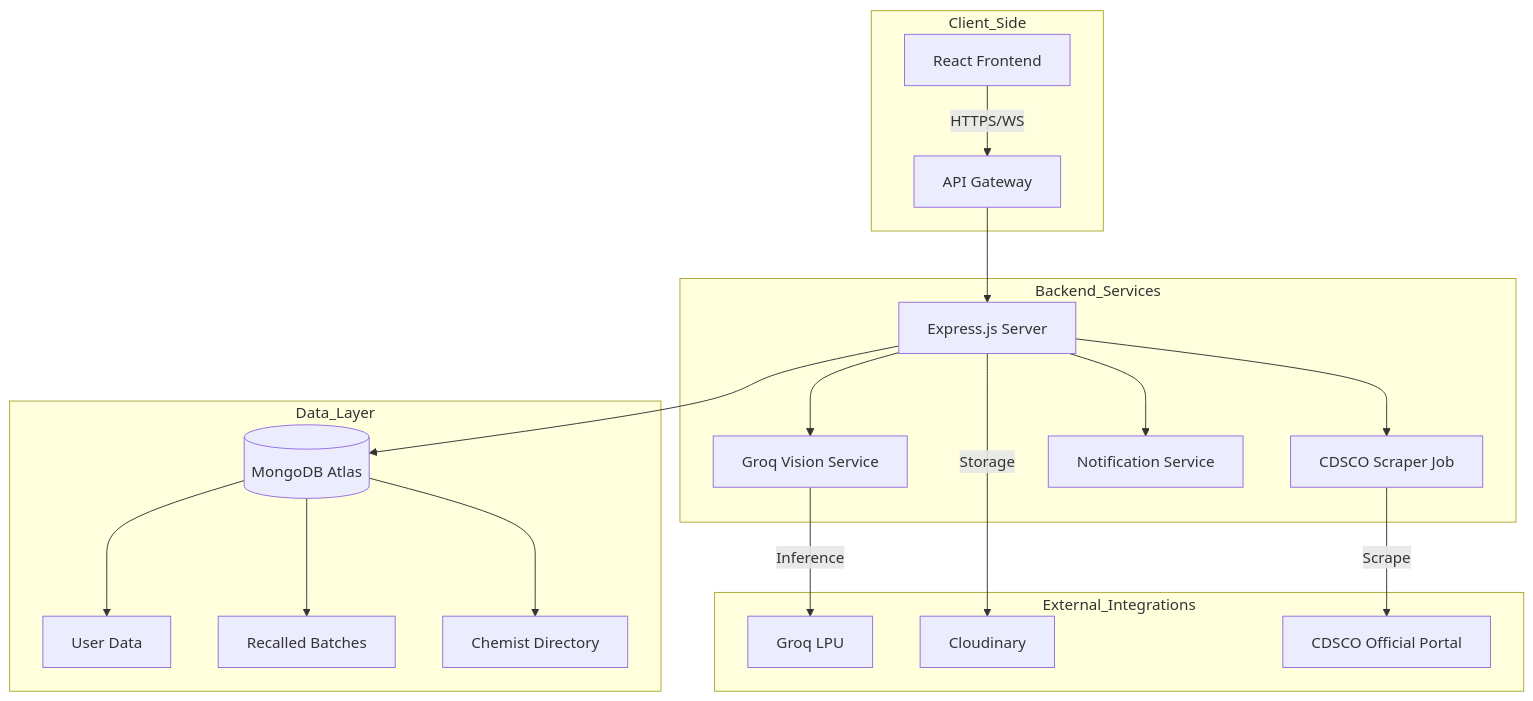
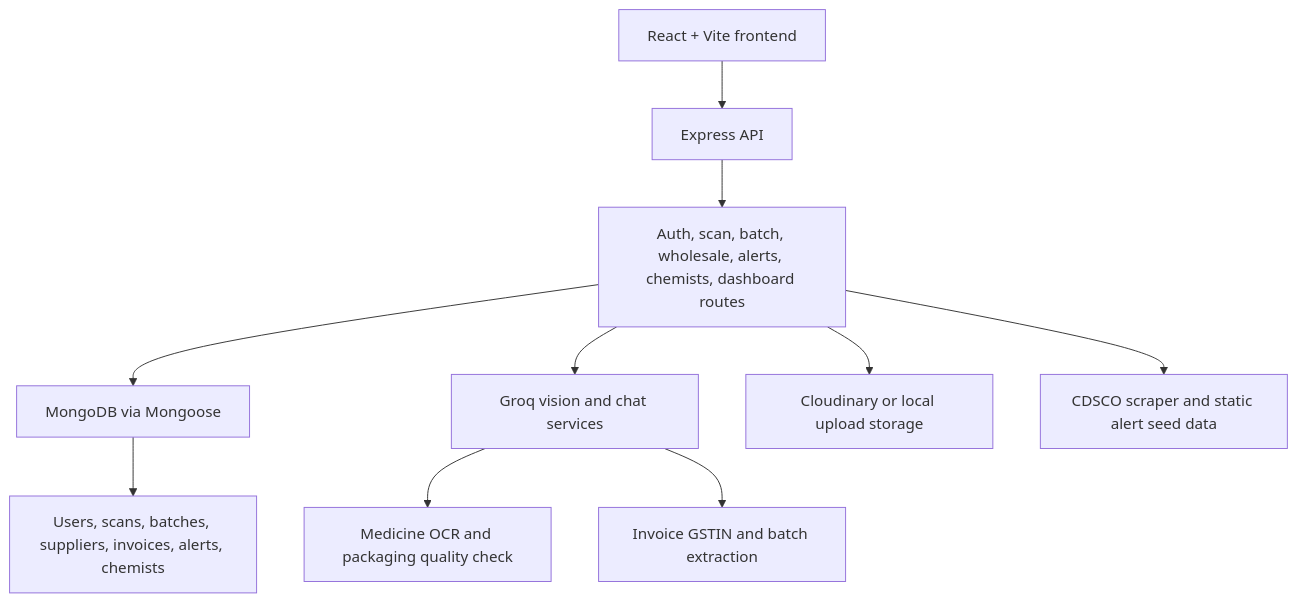
Before and after one commit to qwertyuii7/MEDIGUARD_FINAL: the diagram in README.md, drawn with Mermaid. The commit also changed other lines of this file, not shown here.

````diff
--- a/README.md
+++ b/README.md
@@ -44,26 +29,13 @@
 ```mermaid
-graph TD
-    subgraph Client_Side
-        A[React Frontend] -->|HTTPS/WS| B[API Gateway]
-    end
+flowchart TD
+    A[React + Vite frontend] --> B[Express API]
+    B --> C[Auth, scan, batch, wholesale, alerts, chemists, dashboard routes]
+    C --> D[MongoDB via Mongoose]
+    C --> E[Groq vision and chat services]
+    C --> F[Cloudinary or local upload storage]
+    C --> G[CDSCO scraper and static alert seed data]
 
-    subgraph Backend_Services
-        B --> C[Express.js Server]
-        C --> D[Groq Vision Service]
-        C --> E[CDSCO Scraper Job]
-        C --> F[Notification Service]
-    end
-
-    subgraph Data_Layer
-        C --> G[(MongoDB Atlas)]
-        G --> H[User Data]
-        G --> I[Recalled Batches]
-        G --> J[Chemist Directory]
-    end
-
-    subgraph External_Integrations
-        D -->|Inference| K[Groq LPU]
-        C -->|Storage| L[Cloudinary]
-        E -->|Scrape| M[CDSCO Official Portal]
-    end
+    E --> H[Medicine OCR and packaging quality check]
+    E --> I[Invoice GSTIN and batch extraction]
+    D --> J[Users, scans, batches, suppliers, invoices, alerts, chemists]
 ```
````
